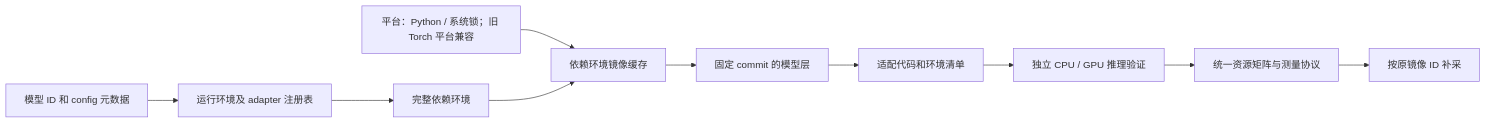
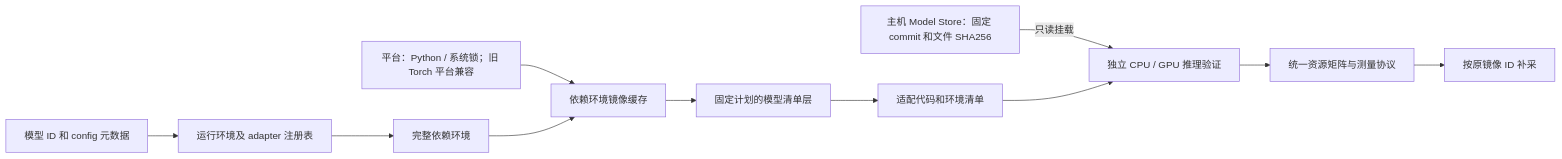
Before and after one commit to kainam15/AC-Prof: the diagram in docs/Runtime_Compatibility.md, drawn with Mermaid. The commit also changed other lines of this file and 9 other files, not shown here.

````diff
--- a/docs/Runtime_Compatibility.md
+++ b/docs/Runtime_Compatibility.md
@@ -22,12 +22,13 @@
 ```mermaid
 flowchart LR
     model[模型 ID 和 config 元数据] --> route[运行环境及 adapter 注册表]
     route --> env[完整依赖环境]
     platform[平台：Python / 系统锁；旧 Torch 平台兼容] --> deps[依赖环境镜像缓存]
     env --> deps
-    deps --> weights[固定 commit 的模型层]
+    deps --> weights[固定计划的模型清单层]
     weights --> code[适配代码和环境清单]
+    store[主机 Model Store：固定 commit 和文件 SHA256] -->|只读挂载| verify
     code --> verify[独立 CPU / GPU 推理验证]
     verify --> matrix[统一资源矩阵与测量协议]
     matrix --> posthoc[按原镜像 ID 补采]
 ```
````
